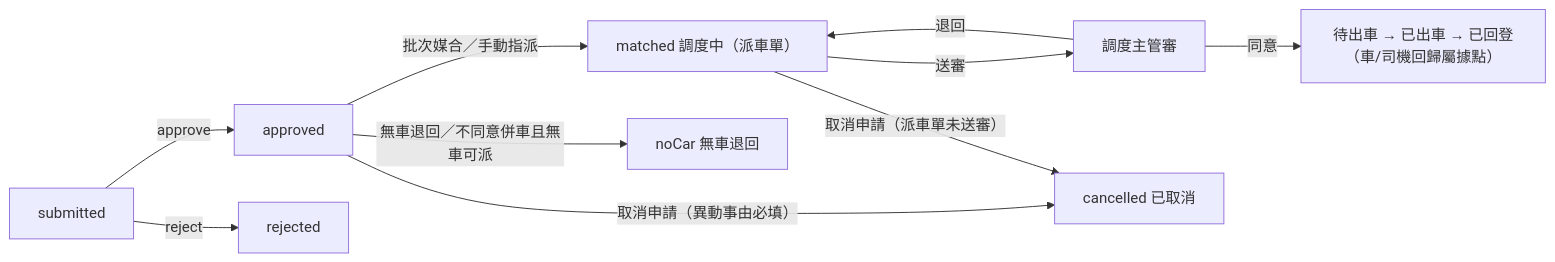
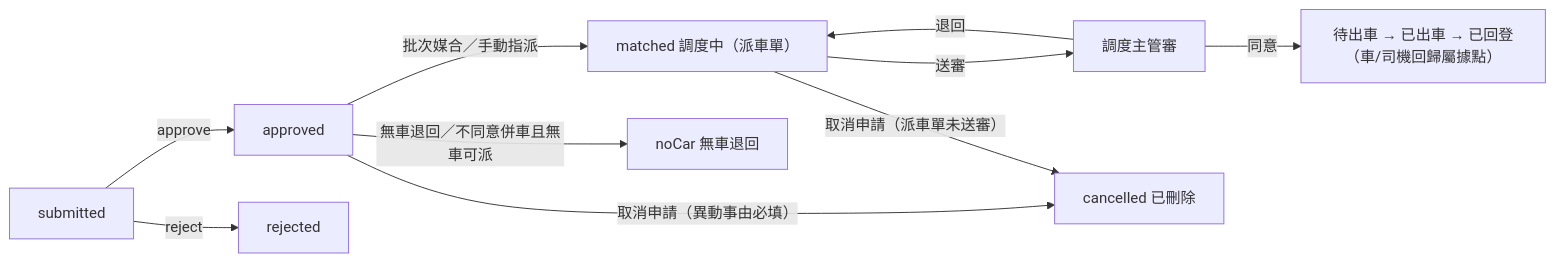
One commit to khcheng77/car-transport changed the fifth of 6 diagrams in docs/LOGIC.md. Above: the diagram before and after it, drawn with Mermaid. The commit also changed other lines of this file and 3 other files, not shown here.

````diff
--- a/docs/LOGIC.md
+++ b/docs/LOGIC.md
@@ -397,12 +400,12 @@
 ```mermaid
 flowchart LR
   c1["submitted"] -->|approve| c2["approved"]
   c1 -->|reject| cr["rejected"]
   c2 -->|批次媒合／手動指派| c3["matched 調度中（派車單）"]
   c2 -->|無車退回／不同意併車且無車可派| cn["noCar 無車退回"]
   c3 -->|送審| c4["調度主管審"]
-  c2 -->|取消申請（異動事由必填）| cx["cancelled 已取消"]
+  c2 -->|取消申請（異動事由必填）| cx["cancelled 已刪除"]
   c3 -->|取消申請（派車單未送審）| cx
   c4 -->|同意| c5["待出車 → 已出車 → 已回登（車/司機回歸屬據點）"]
   c4 -->|退回| c3
 ```
````
